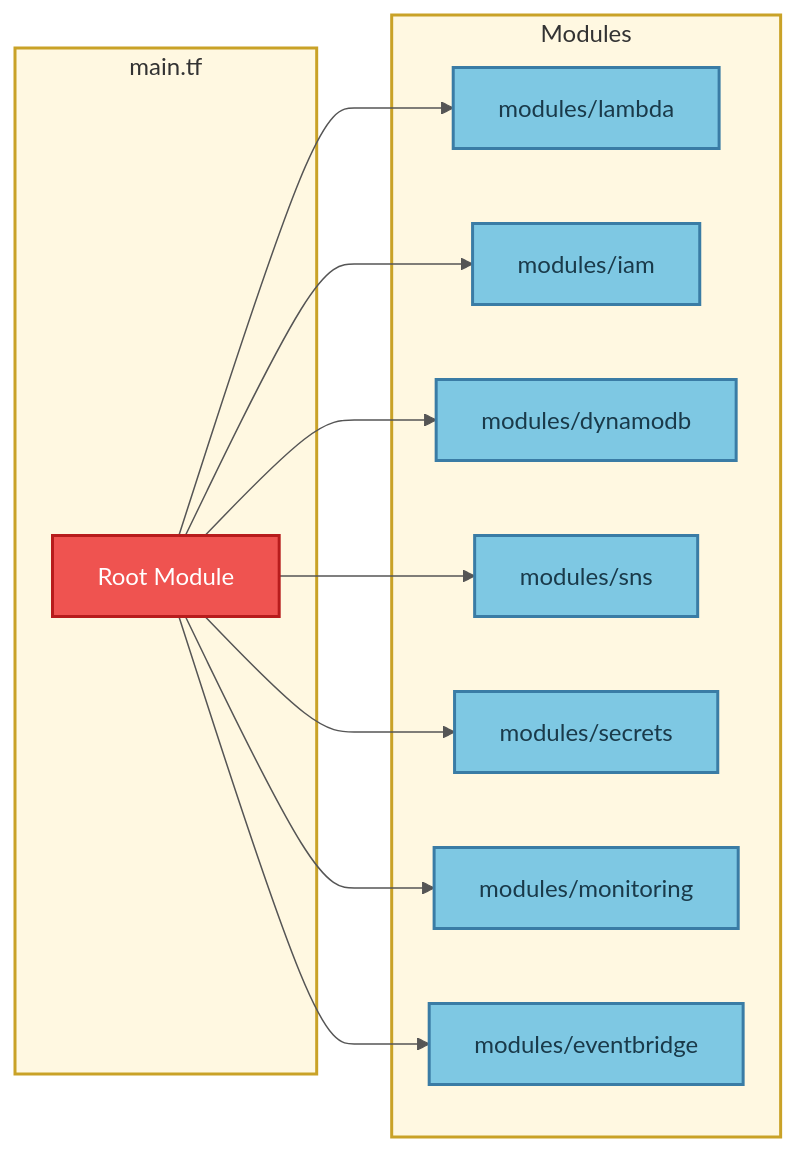
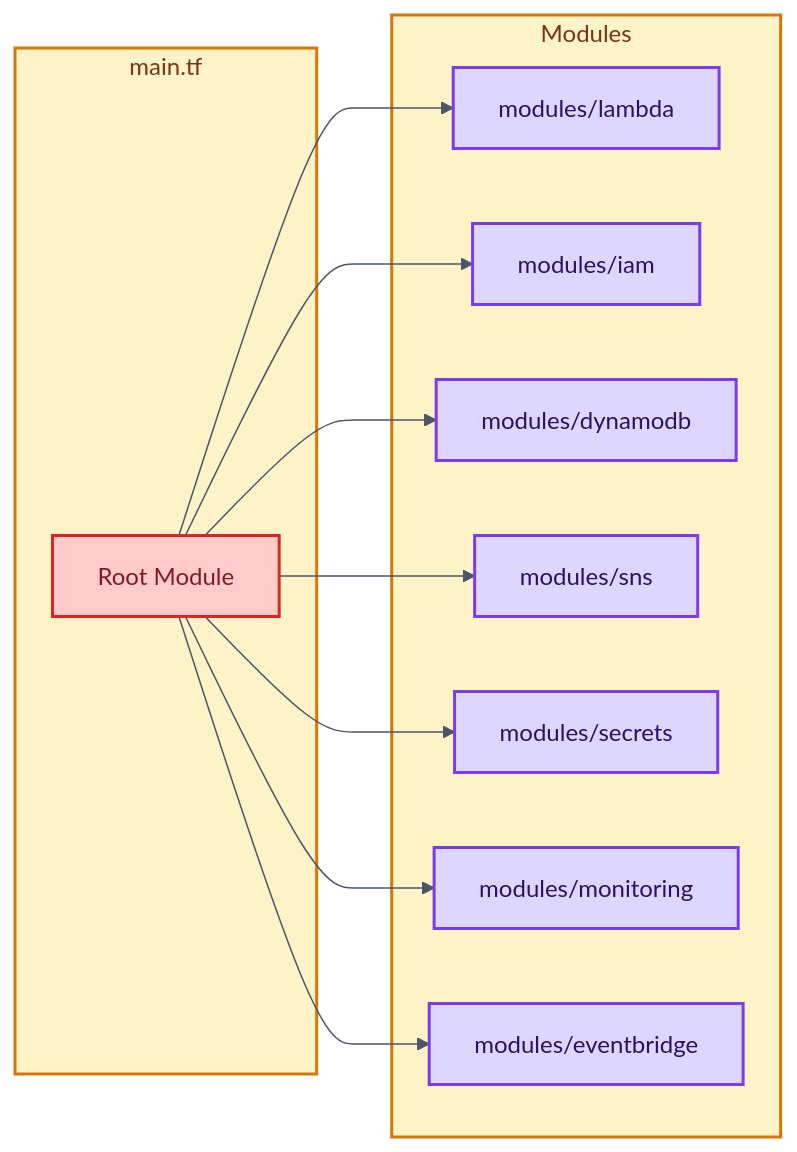
Before and after one commit to traylorre/sentiment-analyzer-gsk: the seventh of 9 diagrams in docs/TERRAFORM_DEPLOYMENT_FLOW.md, drawn with Mermaid. The commit also changed other lines of this file and 3 other files, not shown here.

First line of the commit message:
docs: Update all diagrams with unified WCAG-compliant color palette

````diff
--- a/docs/TERRAFORM_DEPLOYMENT_FLOW.md
+++ b/docs/TERRAFORM_DEPLOYMENT_FLOW.md
@@ -295,33 +295,33 @@
 ```mermaid
-%%{init: {'theme':'base', 'themeVariables': {'primaryColor':'#fff8e1', 'primaryTextColor':'#333', 'primaryBorderColor':'#c9a227', 'lineColor':'#555'}}}%%
+%%{init: {'theme': 'base', 'themeVariables': {'primaryColor': '#e8f4fd', 'primaryTextColor': '#1a365d', 'primaryBorderColor': '#3182ce', 'lineColor': '#4a5568'}}}%%
 graph LR
     subgraph MainTF["main.tf"]
         A[Root Module]
     end
 
     subgraph Modules["Modules"]
         B[modules/lambda]
         C[modules/iam]
         D[modules/dynamodb]
         E[modules/sns]
         F[modules/secrets]
         G[modules/monitoring]
         H[modules/eventbridge]
     end
 
     A --> B
     A --> C
     A --> D
     A --> E
     A --> F
     A --> G
     A --> H
 
-    classDef stageBox fill:#fff8e1,stroke:#c9a227,stroke-width:2px,color:#333
-    classDef rootModule fill:#ef5350,stroke:#b71c1c,stroke-width:2px,color:#fff
-    classDef childModule fill:#7ec8e3,stroke:#3a7ca5,stroke-width:2px,color:#1a3a4a
+    classDef stageBox fill:#fef3c7,stroke:#d97706,stroke-width:2px,color:#78350f
+    classDef rootModule fill:#fecaca,stroke:#dc2626,stroke-width:2px,color:#7f1d1d
+    classDef childModule fill:#ddd6fe,stroke:#7c3aed,stroke-width:2px,color:#2e1065
 
     class MainTF,Modules stageBox
     class A rootModule
     class B,C,D,E,F,G,H childModule
 ```
````
